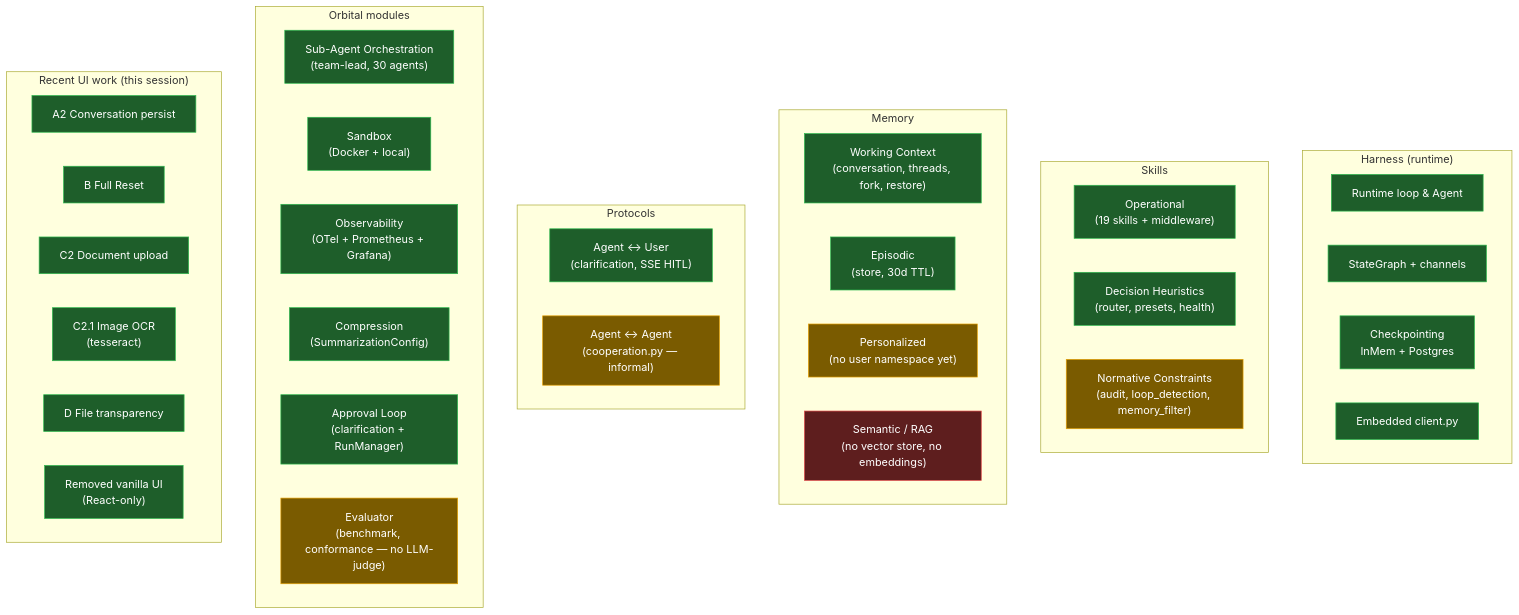
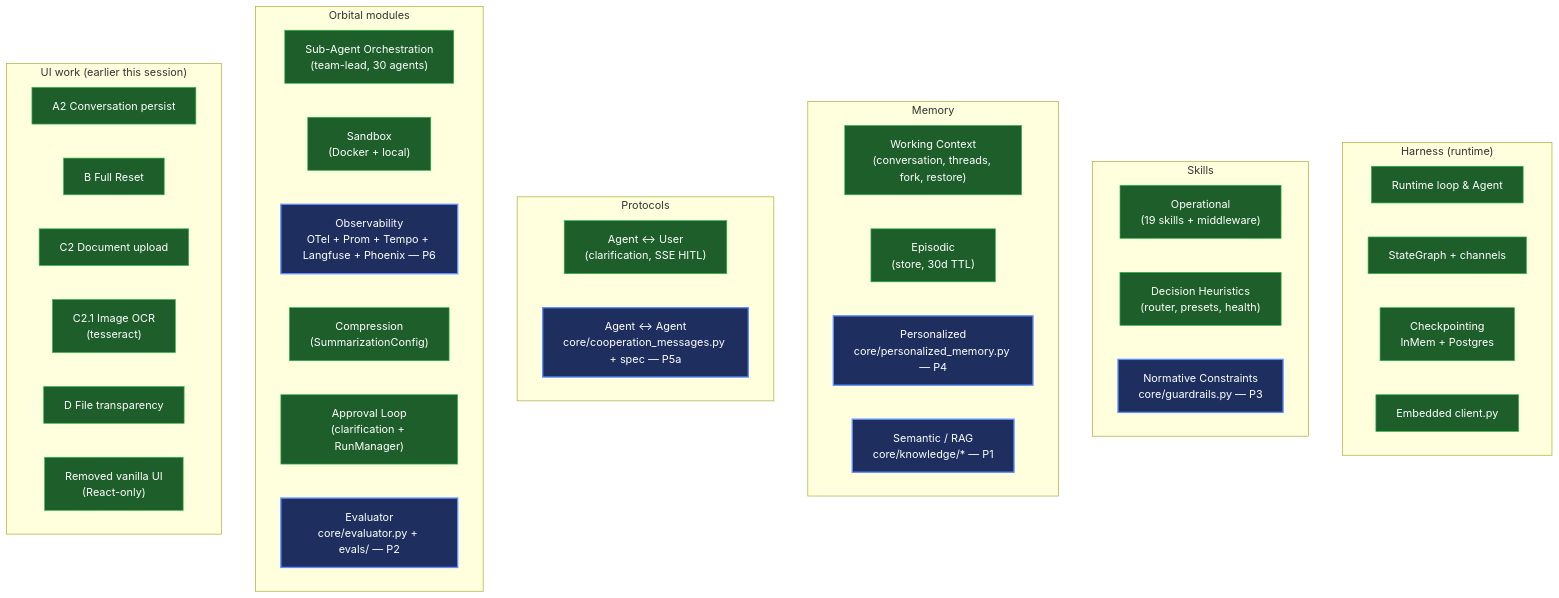
The first of 4 diagrams in docs/unified-roadmap.md (pjcau/agent-orchestrator), drawn with Mermaid before and after one commit. The commit also changed other lines of this file, not shown here.

First line of the commit message:
docs(roadmap): update unified roadmap with sprint growth graph

````diff
--- a/docs/unified-roadmap.md
+++ b/docs/unified-roadmap.md
@@ -35,49 +43,50 @@
 ```mermaid
 graph TD
     classDef done fill:#1e5e2a,stroke:#2dba4e,color:#fff,stroke-width:1px
     classDef partial fill:#7a5b00,stroke:#e6a000,color:#fff,stroke-width:1px
     classDef missing fill:#5e1e1e,stroke:#e04848,color:#fff,stroke-width:1px
+    classDef new fill:#1e2e5e,stroke:#5e8eff,color:#fff,stroke-width:2px
 
     subgraph Harness["Harness (runtime)"]
         H1["Runtime loop &amp; Agent"]:::done
         H2["StateGraph + channels"]:::done
         H3["Checkpointing<br/>InMem + Postgres"]:::done
         H4["Embedded client.py"]:::done
     end
 
     subgraph Skills["Skills"]
         S1["Operational<br/>(19 skills + middleware)"]:::done
         S2["Decision Heuristics<br/>(router, presets, health)"]:::done
-        S3["Normative Constraints<br/>(audit, loop_detection, memory_filter)"]:::partial
+        S3["Normative Constraints<br/>core/guardrails.py — P3"]:::new
     end
 
     subgraph Memory["Memory"]
         M1["Working Context<br/>(conversation, threads, fork, restore)"]:::done
         M2["Episodic<br/>(store, 30d TTL)"]:::done
-        M3["Personalized<br/>(no user namespace yet)"]:::partial
-        M4["Semantic / RAG<br/>(no vector store, no embeddings)"]:::missing
+        M3["Personalized<br/>core/personalized_memory.py — P4"]:::new
+        M4["Semantic / RAG<br/>core/knowledge/* — P1"]:::new
     end
 
     subgraph Protocols["Protocols"]
-        P1["Agent &harr; User<br/>(clarification, SSE HITL)"]:::done
-        P2["Agent &harr; Agent<br/>(cooperation.py — informal)"]:::partial
+        Pu["Agent &harr; User<br/>(clarification, SSE HITL)"]:::done
+        Pa["Agent &harr; Agent<br/>core/cooperation_messages.py + spec — P5a"]:::new
     end
 
     subgraph Orbital["Orbital modules"]
         O1["Sub-Agent Orchestration<br/>(team-lead, 30 agents)"]:::done
         O2["Sandbox<br/>(Docker + local)"]:::done
-        O3["Observability<br/>(OTel + Prometheus + Grafana)"]:::done
+        O3["Observability<br/>OTel + Prom + Tempo + Langfuse + Phoenix — P6"]:::new
         O4["Compression<br/>(SummarizationConfig)"]:::done
         O5["Approval Loop<br/>(clarification + RunManager)"]:::done
-        O6["Evaluator<br/>(benchmark, conformance — no LLM-judge)"]:::partial
+        O6["Evaluator<br/>core/evaluator.py + evals/ — P2"]:::new
     end
 
-    subgraph Recent["Recent UI work (this session)"]
+    subgraph Recent["UI work (earlier this session)"]
         R1["A2 Conversation persist"]:::done
         R2["B Full Reset"]:::done
         R3["C2 Document upload"]:::done
         R4["C2.1 Image OCR<br/>(tesseract)"]:::done
         R5["D File transparency"]:::done
         R6["Removed vanilla UI<br/>(React-only)"]:::done
     end
 ```
````
